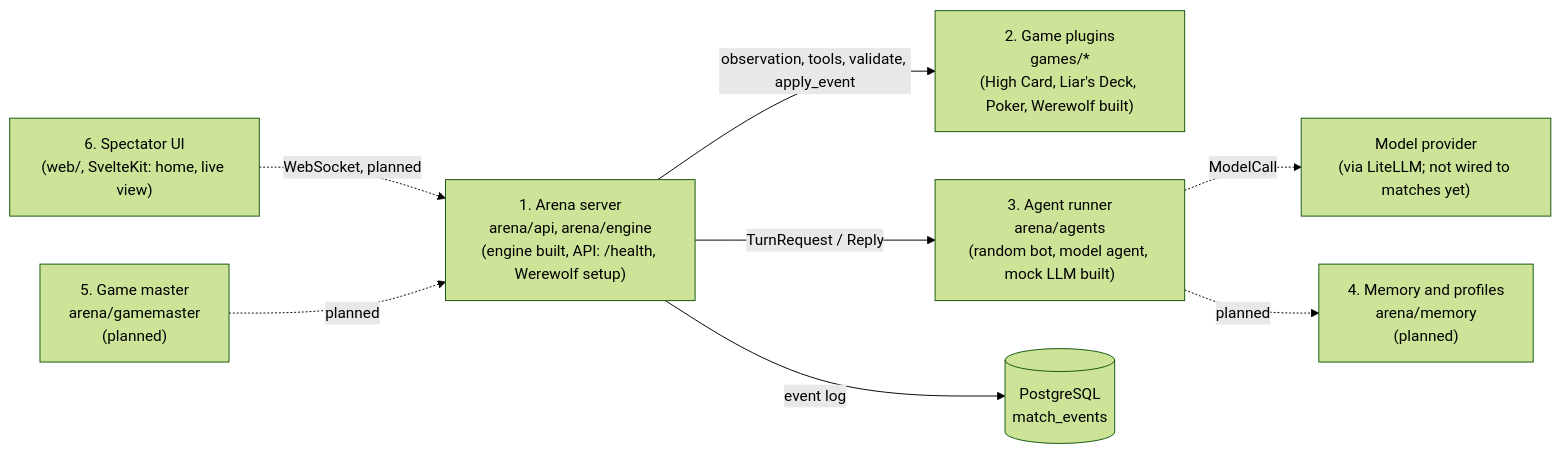
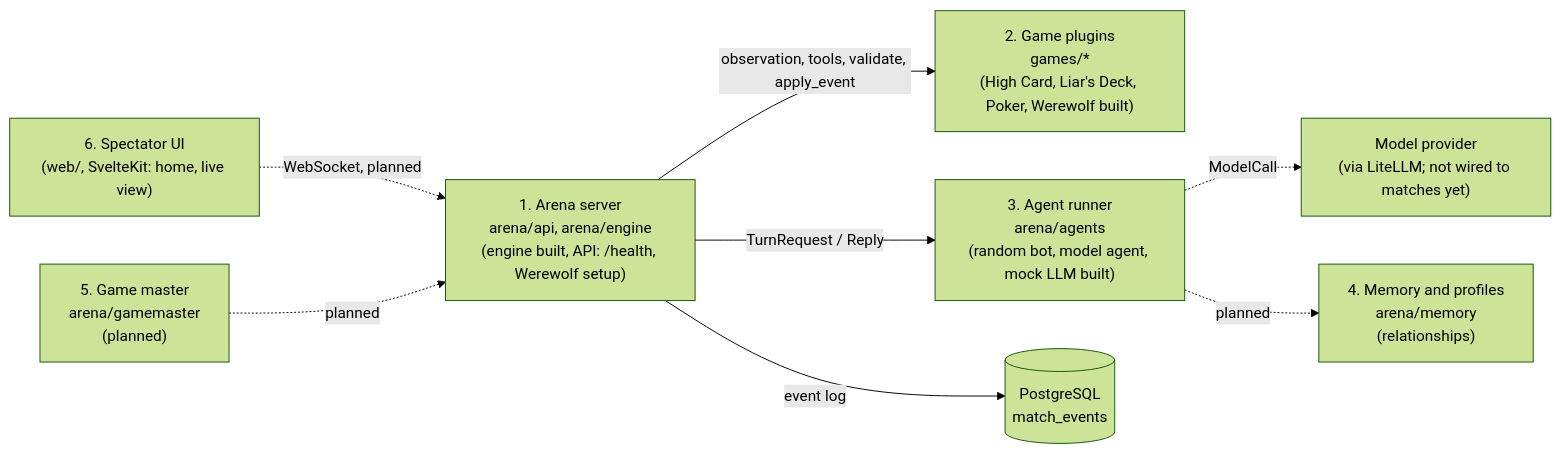
One commit to NwebNotFound/aigameversus changed the first of 4 diagrams in docs/ARCHITECTURE.md. Above: the diagram before and after it, drawn with Mermaid (forest theme). The commit also changed other lines of this file and 21 other files, not shown here.

Commit message:
feat(memory): relationships between profiles from facts each player saw (step 6.1/6.3, part 1)

````diff
--- a/docs/ARCHITECTURE.md
+++ b/docs/ARCHITECTURE.md
@@ -8,18 +8,18 @@
 ```mermaid
 flowchart LR
     UI["6. Spectator UI<br/>(web/, SvelteKit: home, live view)"]
     SRV["1. Arena server<br/>arena/api, arena/engine<br/>(engine built, API: /health, Werewolf setup)"]
     PLG["2. Game plugins<br/>games/*<br/>(High Card, Liar's Deck, Poker, Werewolf built)"]
     AGT["3. Agent runner<br/>arena/agents<br/>(random bot, model agent, mock LLM built)"]
     LLM["Model provider<br/>(via LiteLLM; not wired to matches yet)"]
-    MEM["4. Memory and profiles<br/>arena/memory<br/>(planned)"]
+    MEM["4. Memory and profiles<br/>arena/memory<br/>(relationships)"]
     GM["5. Game master<br/>arena/gamemaster<br/>(planned)"]
     DB[("PostgreSQL<br/>match_events")]
     UI -. "WebSocket, planned" .-> SRV
     SRV -->|"observation, tools, validate, apply_event"| PLG
     SRV -->|"TurnRequest / Reply"| AGT
     AGT -. "ModelCall" .-> LLM
     AGT -. "planned" .-> MEM
     GM -. "planned" .-> SRV
     SRV -->|"event log"| DB
 ```
````
